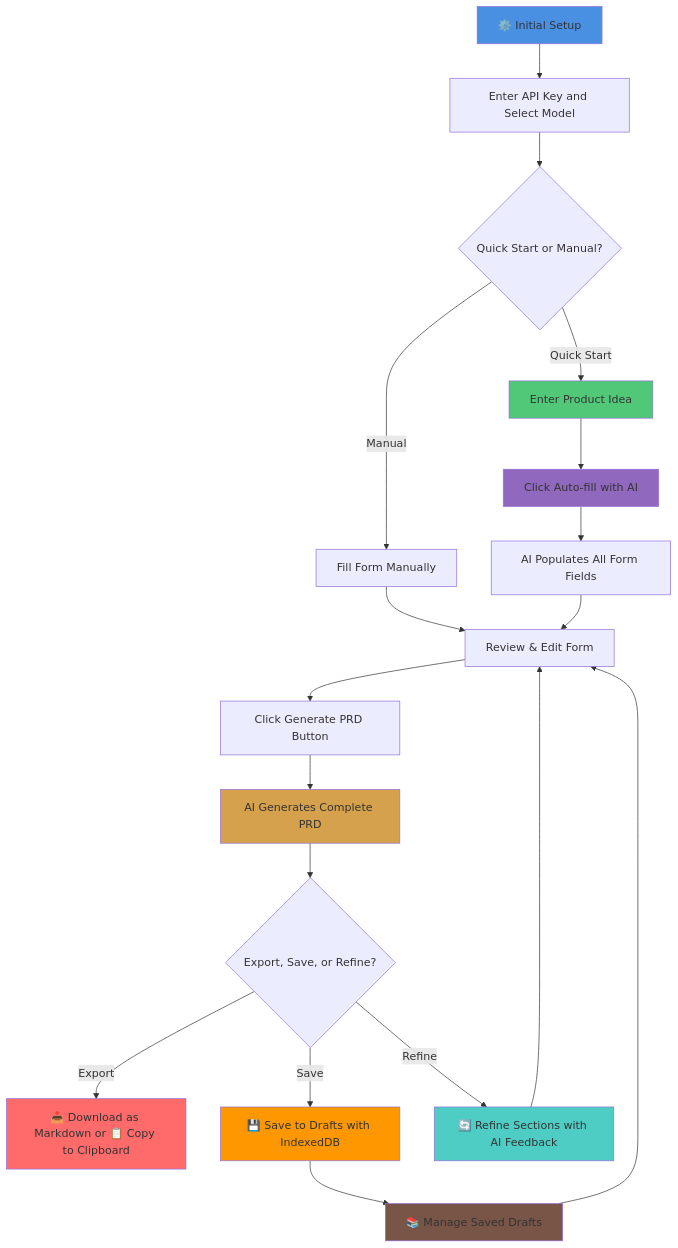
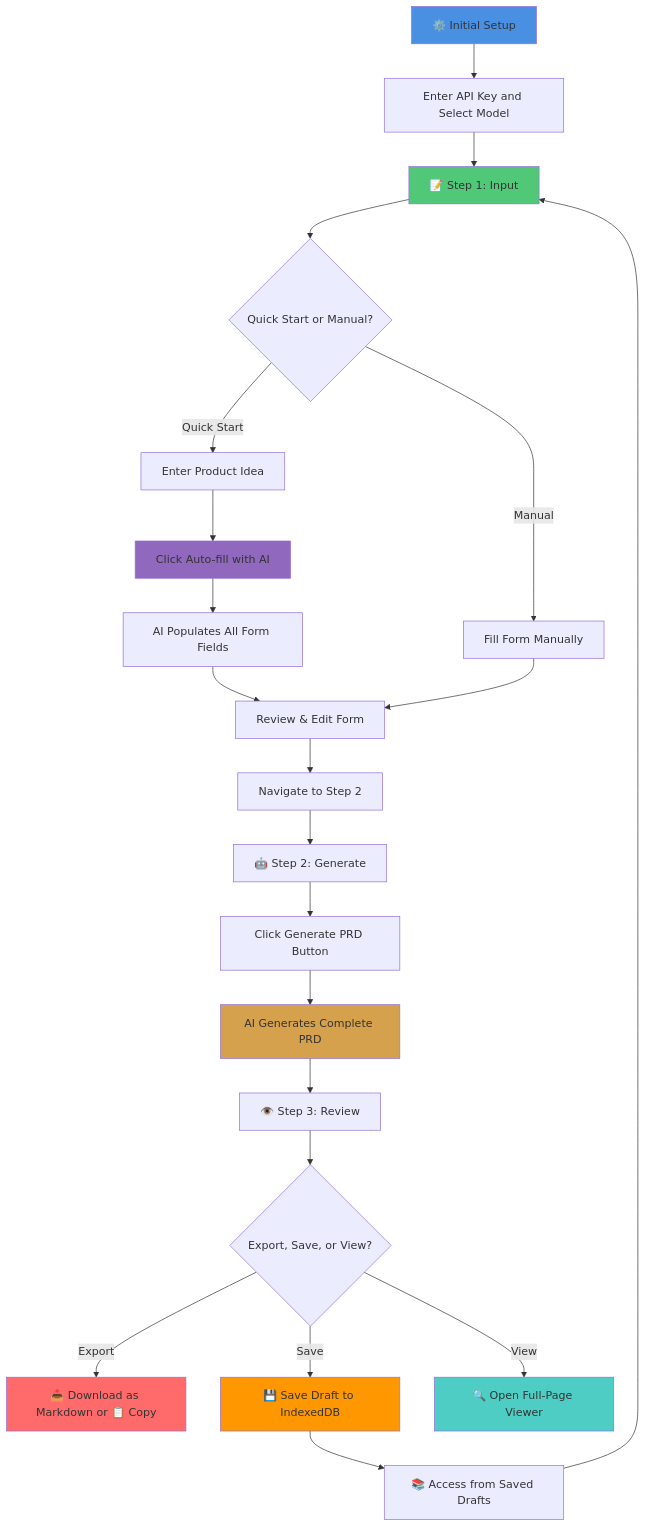
The diagram in README.md (AungMyoKyaw/prd-creator), drawn with Mermaid before and after one commit. The commit also changed other lines of this file, not shown here.

````diff
--- a/README.md
+++ b/README.md
@@ -109,28 +108,30 @@
 ```mermaid
 flowchart TD
     A[⚙️ Initial Setup] --> B[Enter API Key and Select Model]
-    B --> C{Quick Start or Manual?}
-    C -->|Quick Start| D[Enter Product Idea]
-    C -->|Manual| E[Fill Form Manually]
-    D --> F[Click Auto-fill with AI]
-    E --> G[Review & Edit Form]
-    F --> H[AI Populates All Form Fields]
-    H --> G
-    G --> I[Click Generate PRD Button]
-    I --> J[AI Generates Complete PRD]
-    J --> K{Export, Save, or Refine?}
-    K -->|Export| L[📥 Download as Markdown or 📋 Copy to Clipboard]
-    K -->|Save| N[💾 Save to Drafts with IndexedDB]
-    K -->|Refine| M[🔄 Refine Sections with AI Feedback]
-    N --> O[📚 Manage Saved Drafts]
-    O --> G
-    M --> G
+    B --> C[📝 Step 1: Input]
+    C --> D{Quick Start or Manual?}
+    D -->|Quick Start| E[Enter Product Idea]
+    D -->|Manual| F[Fill Form Manually]
+    E --> G[Click Auto-fill with AI]
+    G --> H[AI Populates All Form Fields]
+    H --> I[Review & Edit Form]
+    F --> I
+    I --> J[Navigate to Step 2]
+    J --> K[🤖 Step 2: Generate]
+    K --> L[Click Generate PRD Button]
+    L --> M[AI Generates Complete PRD]
+    M --> N[👁️ Step 3: Review]
+    N --> O{Export, Save, or View?}
+    O -->|Export| P[📥 Download as Markdown or 📋 Copy]
+    O -->|Save| Q[💾 Save Draft to IndexedDB]
+    O -->|View| R[🔍 Open Full-Page Viewer]
+    Q --> S[📚 Access from Saved Drafts]
+    S --> C
     style A fill:#4A90E2
-    style D fill:#50C878
-    style F fill:#9068BE
-    style J fill:#D6A14D
-    style L fill:#FF6B6B
-    style M fill:#4ECDC4
-    style N fill:#FF9800
-    style O fill:#795548
+    style C fill:#50C878
+    style G fill:#9068BE
+    style M fill:#D6A14D
+    style P fill:#FF6B6B
+    style Q fill:#FF9800
+    style R fill:#4ECDC4
 ```
````
